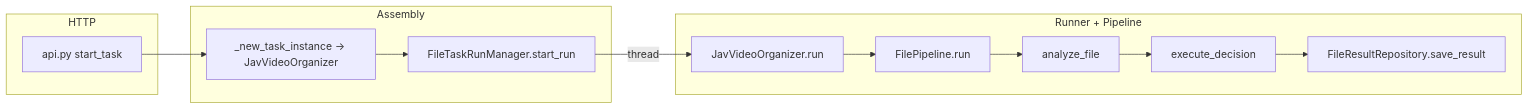
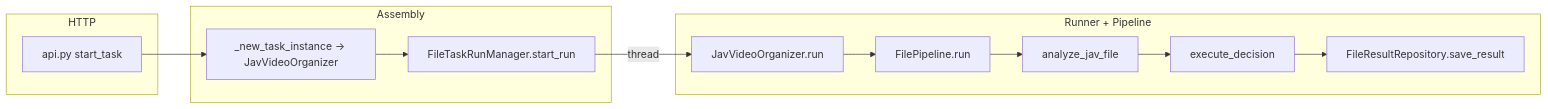
The diagram in docs/ARCHITECTURE.md (watchzerg/j-file-kit), drawn with Mermaid before and after one commit. The commit also changed other lines of this file and 28 other files, not shown here.

````diff
--- a/docs/ARCHITECTURE.md
+++ b/docs/ARCHITECTURE.md
@@ -136,20 +138,20 @@
 ```mermaid
 flowchart LR
   subgraph http [HTTP]
     A[api.py start_task]
   end
   subgraph asm [Assembly]
     B[_new_task_instance → JavVideoOrganizer]
     M[FileTaskRunManager.start_run]
   end
   subgraph run [Runner + Pipeline]
     J[JavVideoOrganizer.run]
     P[FilePipeline.run]
-    N[analyze_file]
+    N[analyze_jav_file]
     X[execute_decision]
     R[FileResultRepository.save_result]
   end
   A --> B --> M
   M -->|thread| J --> P
   P --> N --> X --> R
 ```
````
